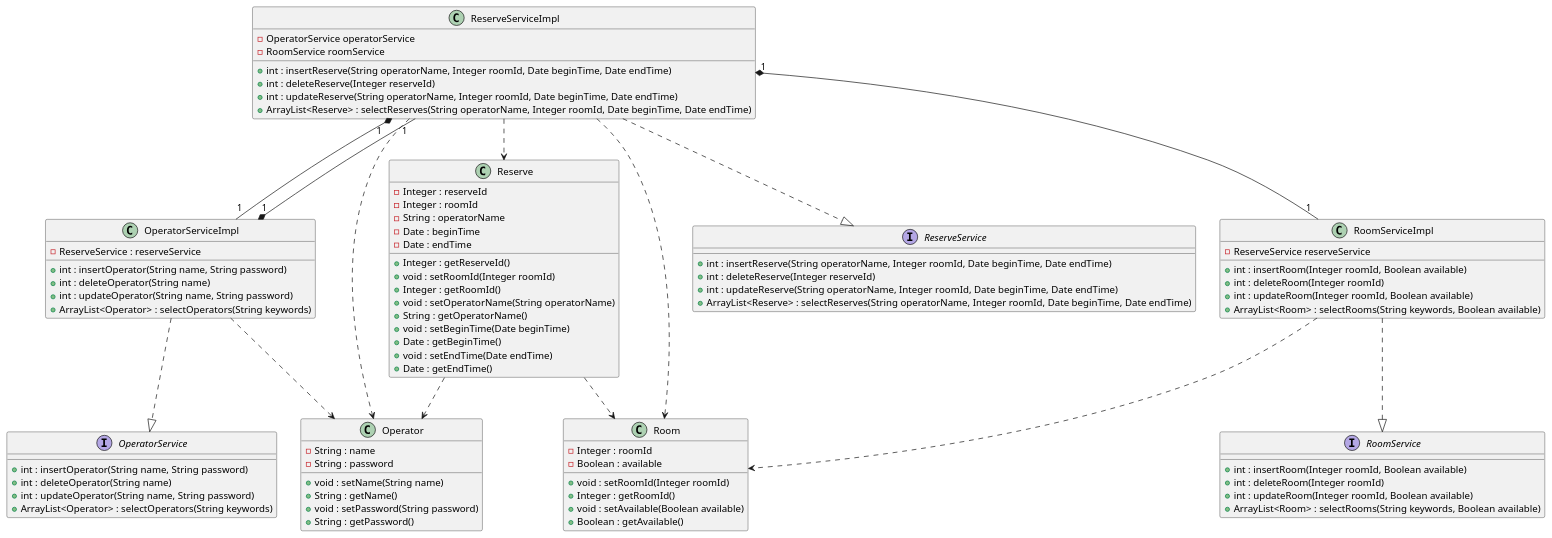
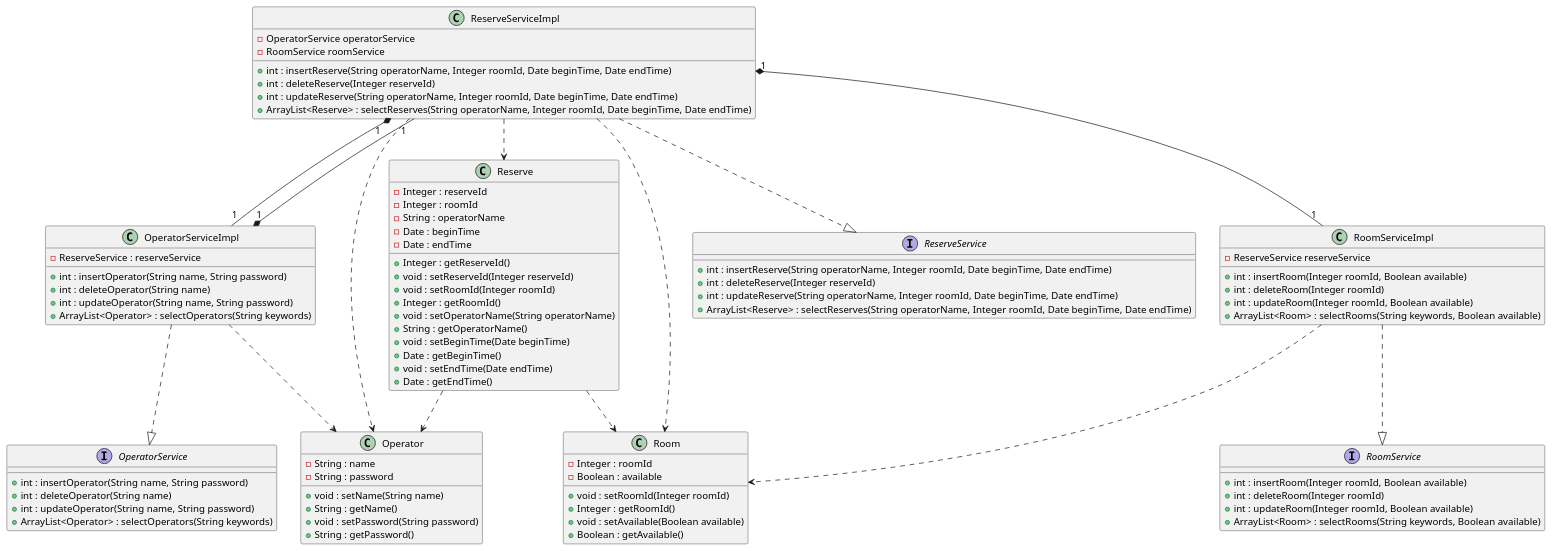
One commit to Daowaishho/SOA_2 changed the diagram in UML/ConferenceRoomUML.puml. Above: the diagram before and after it, drawn with PlantUML. The commit also changed 6 other files, not shown here.

```diff
--- a/UML/ConferenceRoomUML.puml
+++ b/UML/ConferenceRoomUML.puml
@@ -1,110 +1,111 @@
 @startuml
 class Operator{
 - String : name
 - String : password
 ' setter getter
 ' name
 + void : setName(String name)
 + String : getName()
 ' password
 + void : setPassword(String password)
 + String : getPassword()
 }
 
 class Reserve{
 - Integer : reserveId
 - Integer : roomId
 - String : operatorName
 - Date : beginTime
 - Date : endTime
 'setter getter
 ' reserveId
 + Integer : getReserveId()
++ void : setReserveId(Integer reserveId)
 ' roomId
 + void : setRoomId(Integer roomId)
 + Integer : getRoomId()
 ' operatorName
 + void : setOperatorName(String operatorName)
 + String : getOperatorName()
 ' beginTime
 + void : setBeginTime(Date beginTime)
 + Date : getBeginTime()
 ' endTime
 + void : setEndTime(Date endTime)
 + Date : getEndTime()
 }
 
 class Room{
 - Integer : roomId
 - Boolean : available
 'setter getter
 ' roomId
 + void : setRoomId(Integer roomId)
 + Integer : getRoomId()
 ' available
 + void : setAvailable(Boolean available)
 + Boolean : getAvailable()
 }
 
 'service interface
 interface OperatorService{
 + int : insertOperator(String name, String password)
 + int : deleteOperator(String name)
 + int : updateOperator(String name, String password)
 + ArrayList<Operator> : selectOperators(String keywords)
 }
 
 interface ReserveService{
 + int : insertReserve(String operatorName, Integer roomId, Date beginTime, Date endTime)
 + int : deleteReserve(Integer reserveId)
 + int : updateReserve(String operatorName, Integer roomId, Date beginTime, Date endTime)
 + ArrayList<Reserve> : selectReserves(String operatorName, Integer roomId, Date beginTime, Date endTime)
 }
 
 interface RoomService{
 + int : insertRoom(Integer roomId, Boolean available)
 + int : deleteRoom(Integer roomId)
 + int : updateRoom(Integer roomId, Boolean available)
 + ArrayList<Room> : selectRooms(String keywords, Boolean available)
 }
 
 'service implement
 class OperatorServiceImpl{
 - ReserveService : reserveService
 + int : insertOperator(String name, String password)
 + int : deleteOperator(String name)
 + int : updateOperator(String name, String password)
 + ArrayList<Operator> : selectOperators(String keywords)
 }
 
 class ReserveServiceImpl{
 - OperatorService operatorService
 - RoomService roomService
 + int : insertReserve(String operatorName, Integer roomId, Date beginTime, Date endTime)
 + int : deleteReserve(Integer reserveId)
 + int : updateReserve(String operatorName, Integer roomId, Date beginTime, Date endTime)
 + ArrayList<Reserve> : selectReserves(String operatorName, Integer roomId, Date beginTime, Date endTime)
 }
 
 class RoomServiceImpl{
 - ReserveService reserveService
 + int : insertRoom(Integer roomId, Boolean available)
 + int : deleteRoom(Integer roomId)
 + int : updateRoom(Integer roomId, Boolean available)
 + ArrayList<Room> : selectRooms(String keywords, Boolean available)
 }
 
 Reserve ..> Operator
 Reserve ..> Room
 OperatorServiceImpl ..|> OperatorService
 ReserveServiceImpl ..|> ReserveService
 RoomServiceImpl ..|> RoomService
 OperatorServiceImpl "1" *-- "1" ReserveServiceImpl
 ReserveServiceImpl "1" *-- "1" OperatorServiceImpl
 ReserveServiceImpl "1" *-- "1" RoomServiceImpl
 OperatorServiceImpl ..> Operator
 ReserveServiceImpl ..> Room
 ReserveServiceImpl ..> Operator
 ReserveServiceImpl ..> Reserve
 RoomServiceImpl ..> Room
 @enduml
```
